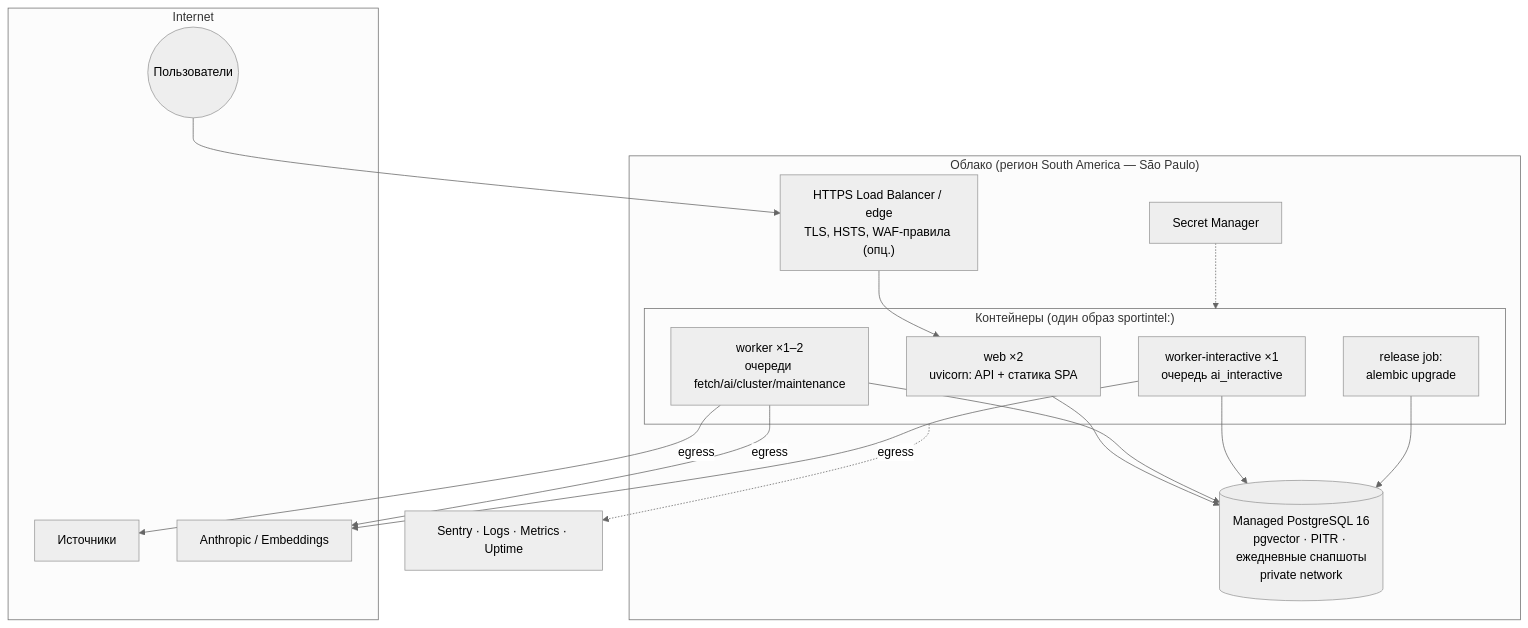
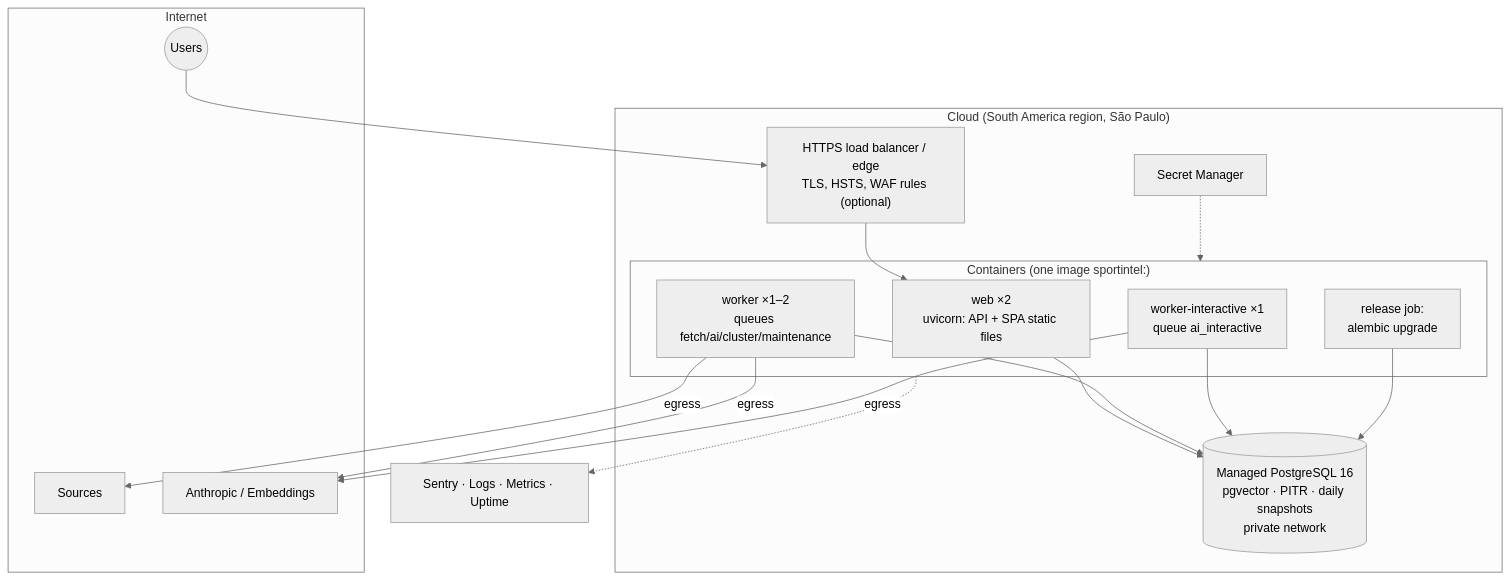
Diagram 11 of 13 in docs/ARCHITECTURE.md (notLeri/sportintel), drawn with Mermaid (neutral theme) before and after one commit. The commit also changed other lines of this file and 13 other files, not shown here.

Commit message:
docs: translate architecture doc and API descriptions to English

````diff
--- a/docs/ARCHITECTURE.md
+++ b/docs/ARCHITECTURE.md
@@ -1642,33 +1642,33 @@
 ```mermaid
 flowchart TB
   subgraph Internet
-    U((Пользователи))
-    SRCS[Источники]
+    U((Users))
+    SRCS[Sources]
     AIP[Anthropic / Embeddings]
   end
 
-  subgraph Cloud["Облако (регион South America — São Paulo)"]
-    LB["HTTPS Load Balancer / edge<br/>TLS, HSTS, WAF-правила (опц.)"]
-    subgraph Compute["Контейнеры (один образ sportintel:<sha>)"]
-      W1["web ×2<br/>uvicorn: API + статика SPA"]
-      WK1["worker ×1–2<br/>очереди fetch/ai/cluster/maintenance"]
-      WK2["worker-interactive ×1<br/>очередь ai_interactive"]
+  subgraph Cloud["Cloud (South America region, São Paulo)"]
+    LB["HTTPS load balancer / edge<br/>TLS, HSTS, WAF rules (optional)"]
+    subgraph Compute["Containers (one image sportintel:<sha>)"]
+      W1["web ×2<br/>uvicorn: API + SPA static files"]
+      WK1["worker ×1–2<br/>queues fetch/ai/cluster/maintenance"]
+      WK2["worker-interactive ×1<br/>queue ai_interactive"]
       MIG["release job:<br/>alembic upgrade"]
     end
-    PG[("Managed PostgreSQL 16<br/>pgvector · PITR · ежедневные снапшоты<br/>private network")]
+    PG[("Managed PostgreSQL 16<br/>pgvector · PITR · daily snapshots<br/>private network")]
     SM["Secret Manager"]
   end
 
   OBS["Sentry · Logs · Metrics · Uptime"]
 
   U --> LB --> W1
   W1 --> PG
   WK1 --> PG
   WK2 --> PG
   MIG --> PG
   WK1 -->|egress| SRCS
   WK1 -->|egress| AIP
   WK2 -->|egress| AIP
   SM -.-> Compute
   Compute -.-> OBS
 ```
````
